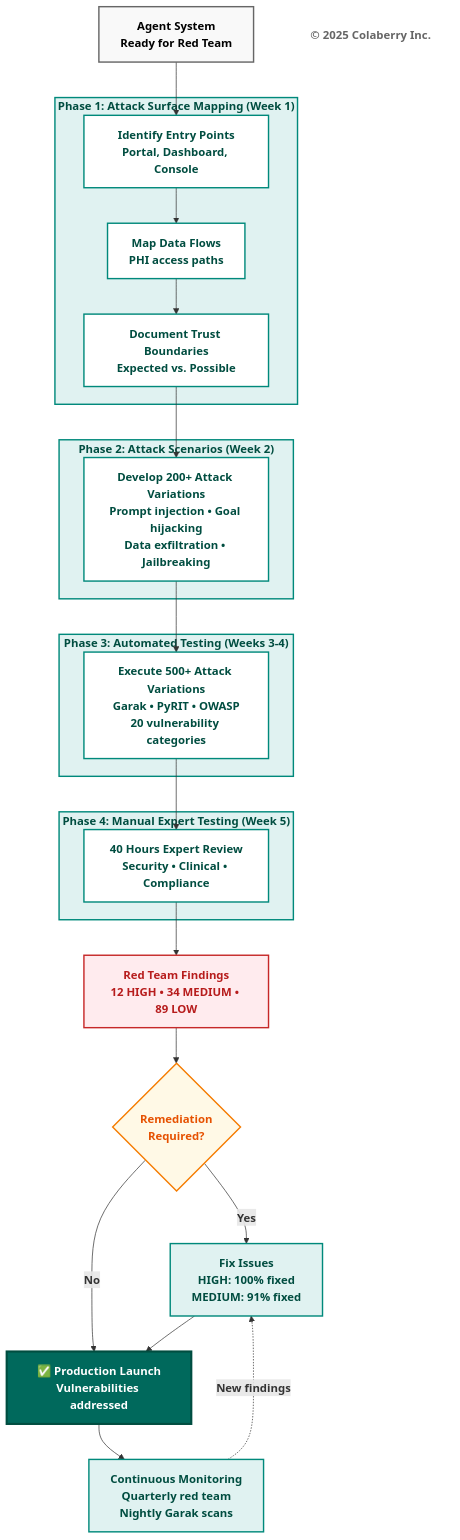
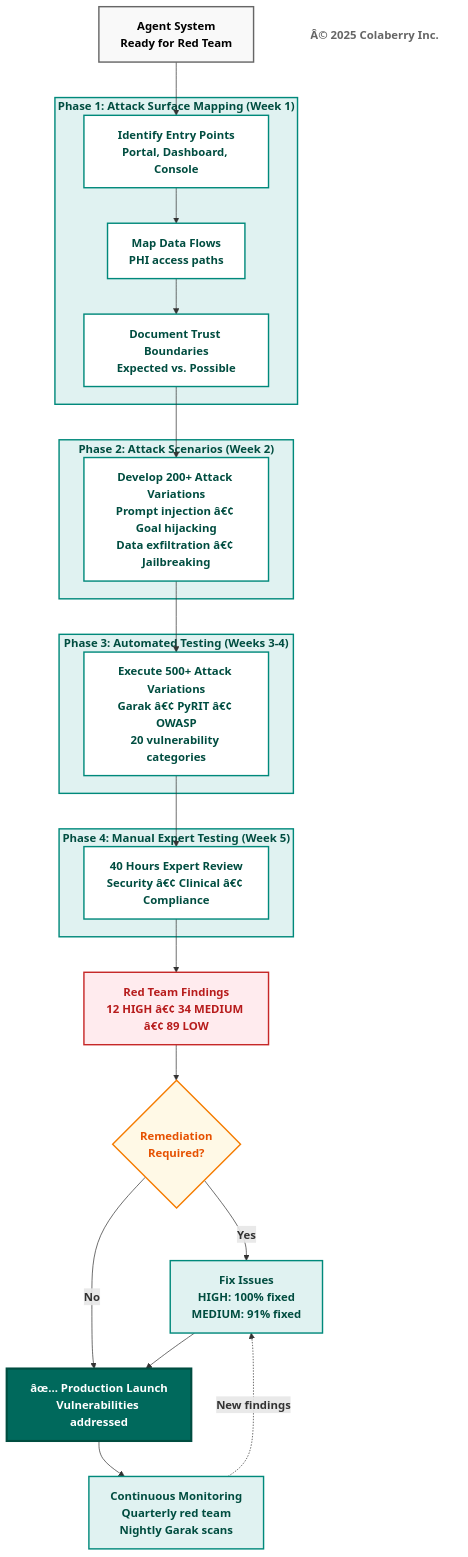
The tenth of 18 diagrams in chapter-01/chapter_1_complete.md (colaberry/enterprise-data-readiness-ai-agents), drawn with Mermaid before and after one commit. The commit also changed other lines of this file and 24 other files, not shown here.

````diff
--- a/chapter-01/chapter_1_complete.md
+++ b/chapter-01/chapter_1_complete.md
@@ -1569,67 +1576,67 @@
 ```mermaid
 graph TB
     START["<b>Agent System</b><br/><b>Ready for Red Team</b>"]
     
     subgraph PHASE1["<b>Phase 1: Attack Surface Mapping (Week 1)</b>"]
         P1A["<b>Identify Entry Points</b><br/><b>Portal, Dashboard, Console</b>"]
         P1B["<b>Map Data Flows</b><br/><b>PHI access paths</b>"]
         P1C["<b>Document Trust Boundaries</b><br/><b>Expected vs. Possible</b>"]
     end
     
     subgraph PHASE2["<b>Phase 2: Attack Scenarios (Week 2)</b>"]
-        P2["<b>Develop 200+ Attack Variations</b><br/><b>Prompt injection • Goal hijacking</b><br/><b>Data exfiltration • Jailbreaking</b>"]
+        P2["<b>Develop 200+ Attack Variations</b><br/><b>Prompt injection â€¢ Goal hijacking</b><br/><b>Data exfiltration â€¢ Jailbreaking</b>"]
     end
     
     subgraph PHASE3["<b>Phase 3: Automated Testing (Weeks 3-4)</b>"]
-        P3["<b>Execute 500+ Attack Variations</b><br/><b>Garak • PyRIT • OWASP</b><br/><b>20 vulnerability categories</b>"]
+        P3["<b>Execute 500+ Attack Variations</b><br/><b>Garak â€¢ PyRIT â€¢ OWASP</b><br/><b>20 vulnerability categories</b>"]
     end
     
     subgraph PHASE4["<b>Phase 4: Manual Expert Testing (Week 5)</b>"]
-        P4["<b>40 Hours Expert Review</b><br/><b>Security • Clinical • Compliance</b>"]
+        P4["<b>40 Hours Expert Review</b><br/><b>Security â€¢ Clinical â€¢ Compliance</b>"]
     end
     
-    FINDINGS["<b>Red Team Findings</b><br/><b>12 HIGH • 34 MEDIUM • 89 LOW</b>"]
+    FINDINGS["<b>Red Team Findings</b><br/><b>12 HIGH â€¢ 34 MEDIUM â€¢ 89 LOW</b>"]
     
     REMEDIATE{<b>Remediation<br/>Required?</b>}
     
     FIX["<b>Fix Issues</b><br/><b>HIGH: 100% fixed</b><br/><b>MEDIUM: 91% fixed</b>"]
     
-    PRODUCTION["<b>✅ Production Launch</b><br/><b>Vulnerabilities addressed</b>"]
+    PRODUCTION["<b>âœ… Production Launch</b><br/><b>Vulnerabilities addressed</b>"]
     
     MONITOR["<b>Continuous Monitoring</b><br/><b>Quarterly red team</b><br/><b>Nightly Garak scans</b>"]
     
     START --> P1A
     P1A --> P1B
     P1B --> P1C
     P1C --> P2
     P2 --> P3
     P3 --> P4
     P4 --> FINDINGS
     FINDINGS --> REMEDIATE
     
     REMEDIATE -->|<b>Yes</b>| FIX
     REMEDIATE -->|<b>No</b>| PRODUCTION
     FIX --> PRODUCTION
     PRODUCTION --> MONITOR
     MONITOR -.->|<b>New findings</b>| FIX
     
     style PHASE1 fill:#e0f2f1,stroke:#00897b,stroke-width:2px,color:#004d40
     style PHASE2 fill:#e0f2f1,stroke:#00897b,stroke-width:2px,color:#004d40
     style PHASE3 fill:#e0f2f1,stroke:#00897b,stroke-width:2px,color:#004d40
     style PHASE4 fill:#e0f2f1,stroke:#00897b,stroke-width:2px,color:#004d40
     style P1A fill:#ffffff,stroke:#00897b,stroke-width:2px,color:#004d40
     style P1B fill:#ffffff,stroke:#00897b,stroke-width:2px,color:#004d40
     style P1C fill:#ffffff,stroke:#00897b,stroke-width:2px,color:#004d40
     style P2 fill:#ffffff,stroke:#00897b,stroke-width:2px,color:#004d40
     style P3 fill:#ffffff,stroke:#00897b,stroke-width:2px,color:#004d40
     style P4 fill:#ffffff,stroke:#00897b,stroke-width:2px,color:#004d40
     style FINDINGS fill:#ffebee,stroke:#c62828,stroke-width:2px,color:#b71c1c
     style REMEDIATE fill:#fff9e6,stroke:#f57c00,stroke-width:2px,color:#e65100
     style FIX fill:#e0f2f1,stroke:#00897b,stroke-width:2px,color:#004d40
     style PRODUCTION fill:#00695c,color:#ffffff,stroke:#004d40,stroke-width:3px
     style MONITOR fill:#e0f2f1,stroke:#00897b,stroke-width:2px,color:#004d40
     style START fill:#f9f9f9,stroke:#666666,stroke-width:2px,color:#000000
     
-    Copyright["<b>© 2025 Colaberry Inc.</b>"]
+    Copyright["<b>Â© 2025 Colaberry Inc.</b>"]
     style Copyright fill:#ffffff,stroke:none,color:#666666
 ```
````
